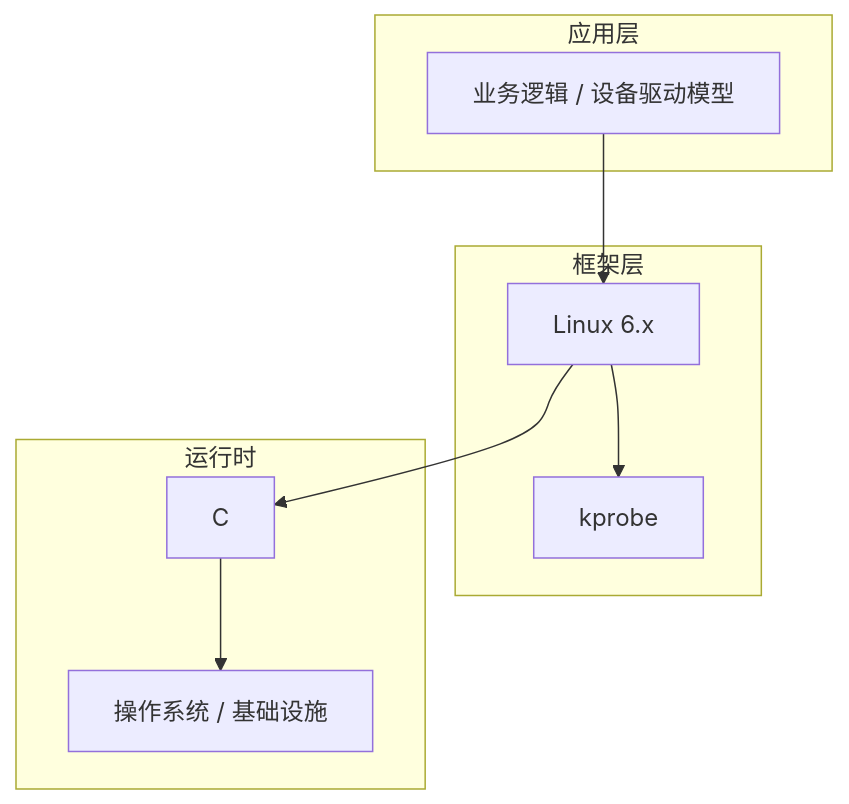
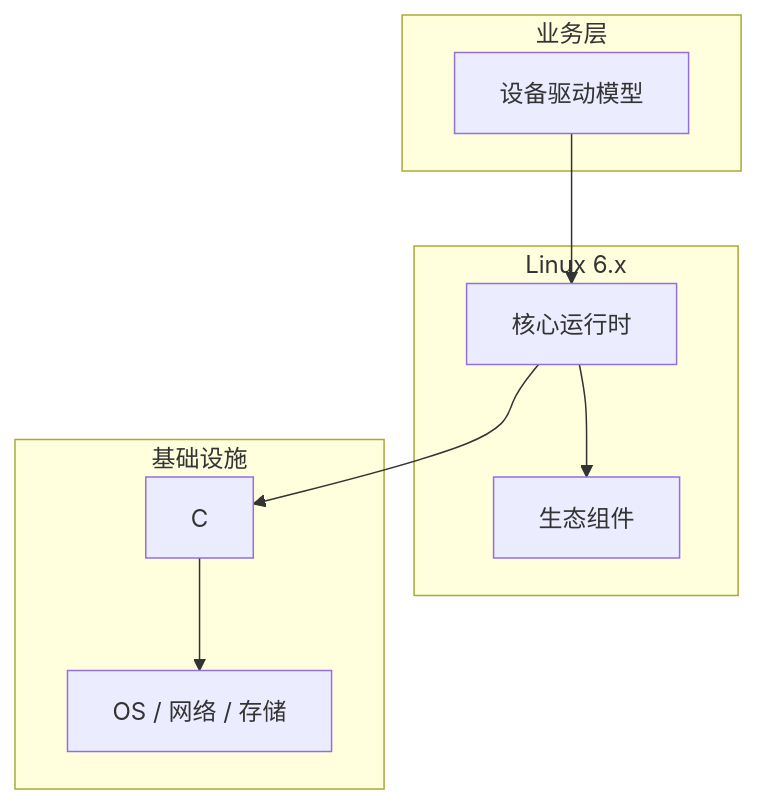
The diagram in articles/Linux内核/chapters/141-设备驱动模型核心概念与原理.md (yanggan2015/knowledge-json-v2), drawn with Mermaid before and after one commit. The commit also changed other lines of this file and 10127 other files, not shown here.

````diff
--- a/articles/Linux内核/chapters/141-设备驱动模型核心概念与原理.md
+++ b/articles/Linux内核/chapters/141-设备驱动模型核心概念与原理.md
@@ -45,18 +34,18 @@
 ```mermaid
 graph TB
-    subgraph 应用层
-        A[业务逻辑 / 设备驱动模型]
+    subgraph 业务层
+        A[设备驱动模型]
     end
-    subgraph 框架层
-        B[Linux 6.x]
-        C[kprobe]
+    subgraph Linux 6.x
+        B[核心运行时]
+        C[生态组件]
     end
-    subgraph 运行时
+    subgraph 基础设施
         D[C]
-        E[操作系统 / 基础设施]
+        E[OS / 网络 / 存储]
     end
     A --> B
     B --> C
     B --> D
     D --> E
 ```
````
